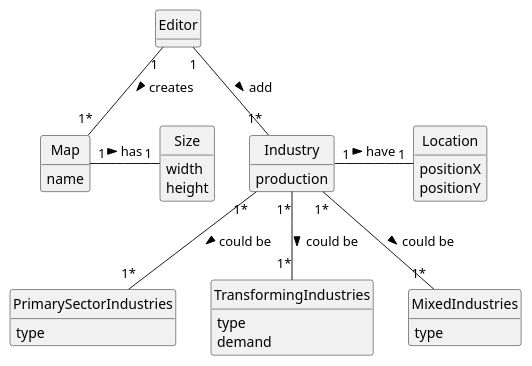
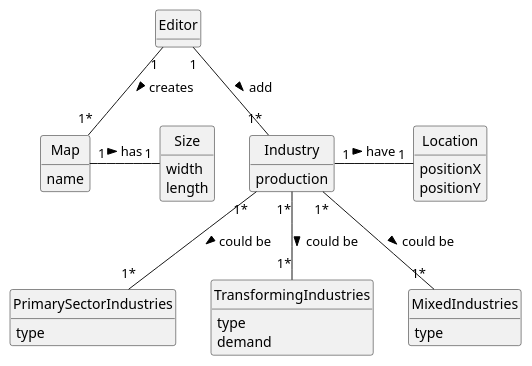
The diagram in docs/system-documentation/US002/02.analysis/puml/US002-DM.puml (1240826/empire-on-tracks), drawn with PlantUML before and after one commit. The commit also changed 3 other files, not shown here.

```diff
--- a/docs/system-documentation/US002/02.analysis/puml/US002-DM.puml
+++ b/docs/system-documentation/US002/02.analysis/puml/US002-DM.puml
@@ -1,53 +1,53 @@
 @startuml
 skinparam monochrome true
 skinparam packageStyle rectangle
 skinparam shadowing false
 skinparam classAttributeIconSize 0
 hide circle
 hide methods
 
 'title US02 - Add Industry to Map (Domain Model)
 
 class Editor {
 }
 class Map {
     name
 
 }
 class Size{
     width
-    height
+    length
 }
 
 class Location{
     positionX
     positionY
 
 }
 class Industry {
     production
 }
 class PrimarySectorIndustries{
     type
 
 }
 class TransformingIndustries{
     type
     demand
 }
 class  MixedIndustries{
     type
 }
 
 ' --- Relacionamentos ---
 Editor "1" -down- "1*" Map : creates >
 Editor "1" -- "1*" Industry : add >
 Map "1" - "1" Size : has >
 
 
 Industry "1*" -- "1*" PrimarySectorIndustries : could be >
 Industry "1*" -- "1*" TransformingIndustries : could be >
 Industry "1*" -- "1*" MixedIndustries : could be >
 Industry "1" - "1" Location : have >
 
 @enduml
```
